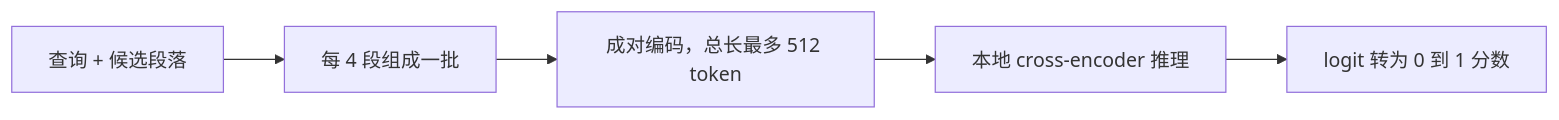
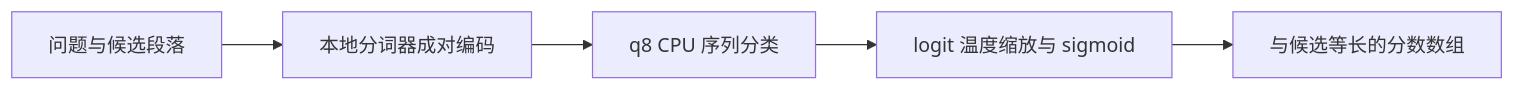
The diagram in .repo-review/knowledge/articles/a233324e0e4f61e7088ab978b0565708031545fcbf7cb5604645240e62f40614.md (lejunyang/omem), drawn with Mermaid before and after one commit. The commit also changed other lines of this file and 11 other files, not shown here.

````diff
--- a/.repo-review/knowledge/articles/a233324e0e4f61e7088ab978b0565708031545fcbf7cb5604645240e62f40614.md
+++ b/.repo-review/knowledge/articles/a233324e0e4f61e7088ab978b0565708031545fcbf7cb5604645240e62f40614.md
@@ -23,7 +19,7 @@
 ```mermaid
 flowchart LR
-  Q[查询 + 候选段落] --> B[每 4 段组成一批]
-  B --> T[成对编码，总长最多 512 token]
-  T --> M[本地 cross-encoder 推理]
-  M --> S[logit 转为 0 到 1 分数]
+  A[问题与候选段落] --> B[本地分词器成对编码]
+  B --> C[q8 CPU 序列分类]
+  C --> D[logit 温度缩放与 sigmoid]
+  D --> E[与候选等长的分数数组]
 ```
````
